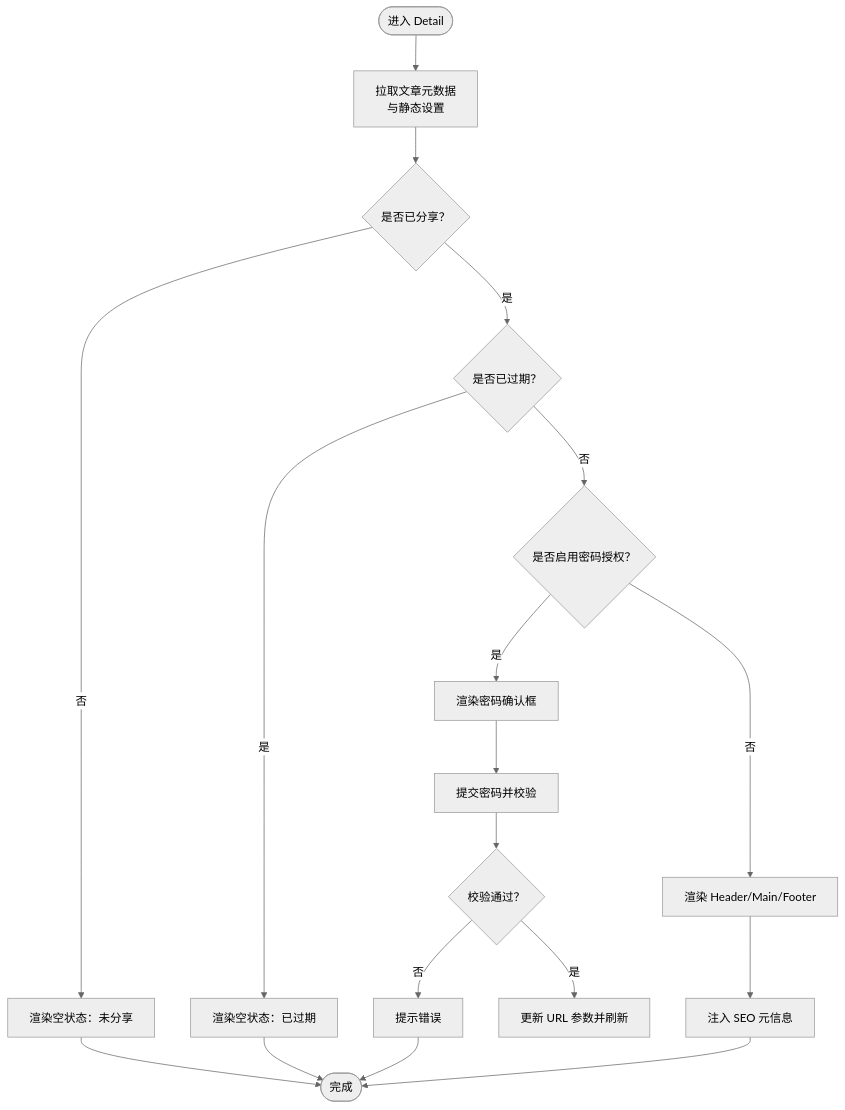
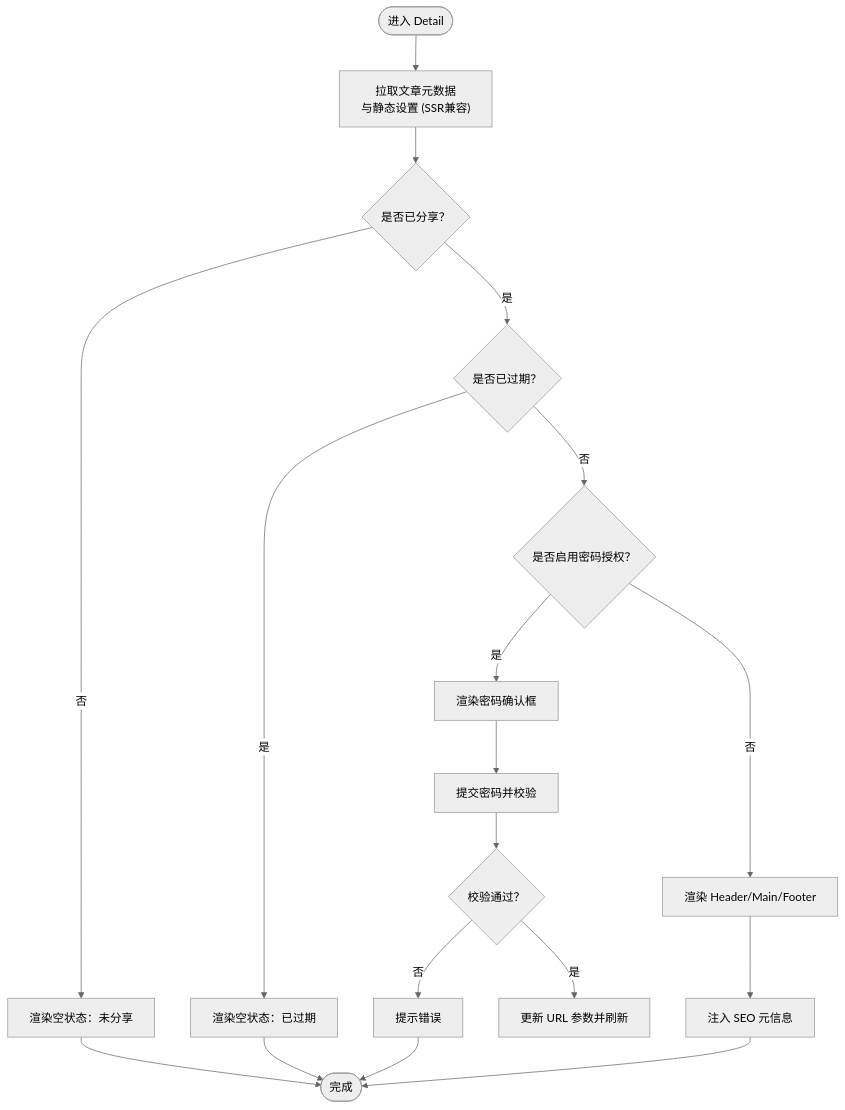
One commit to terwer/siyuan-plugin-blog changed the third of 4 diagrams in .qoder/repowiki/zh/content/核心功能/UI 组件系统/静态组件.md. Above: the diagram before and after it, drawn with Mermaid (neutral theme). The commit also changed other lines of this file and 6 other files, not shown here.

````diff
--- a/.qoder/repowiki/zh/content/核心功能/UI 组件系统/静态组件.md
+++ b/.qoder/repowiki/zh/content/核心功能/UI 组件系统/静态组件.md
@@ -210,20 +251,20 @@
 ```mermaid
 flowchart TD
-Start(["进入 Detail"]) --> LoadData["拉取文章元数据<br/>与静态设置"]
+Start(["进入 Detail"]) --> LoadData["拉取文章元数据<br/>与静态设置 (SSR兼容)"]
 LoadData --> CheckShared{"是否已分享？"}
 CheckShared --> |否| EmptyShared["渲染空状态：未分享"]
 CheckShared --> |是| CheckExpire{"是否已过期？"}
 CheckExpire --> |是| EmptyExpired["渲染空状态：已过期"]
 CheckExpire --> |否| NeedPwd{"是否启用密码授权？"}
 NeedPwd --> |是| ShowPwd["渲染密码确认框"]
 ShowPwd --> ValidatePwd["提交密码并校验"]
 ValidatePwd --> PwdOk{"校验通过？"}
 PwdOk --> |否| Error["提示错误"]
 PwdOk --> |是| UpdateURL["更新 URL 参数并刷新"]
 NeedPwd --> |否| RenderLayout["渲染 Header/Main/Footer"]
 RenderLayout --> InjectSEO["注入 SEO 元信息"]
 InjectSEO --> End(["完成"])
 EmptyShared --> End
 EmptyExpired --> End
 Error --> End
 ```
````
